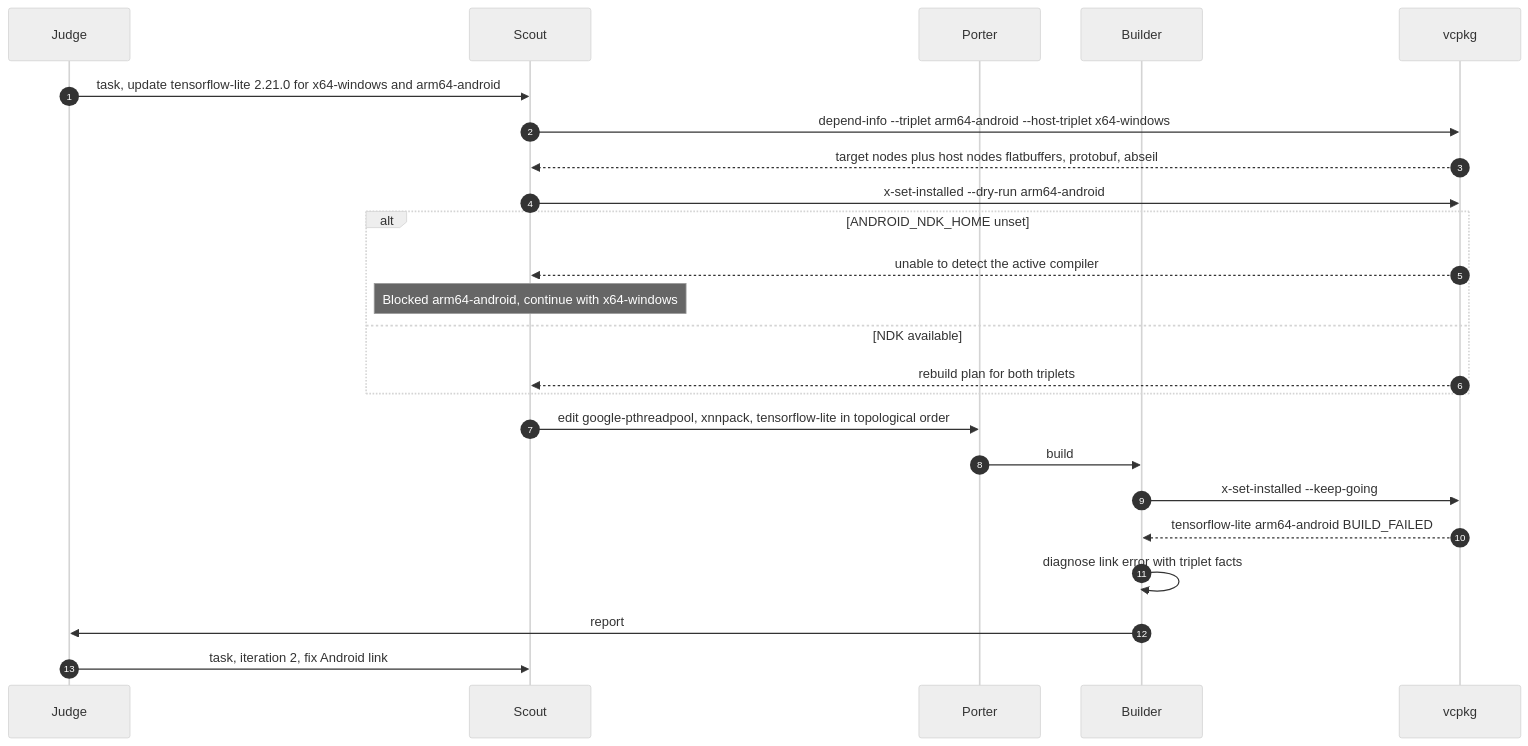
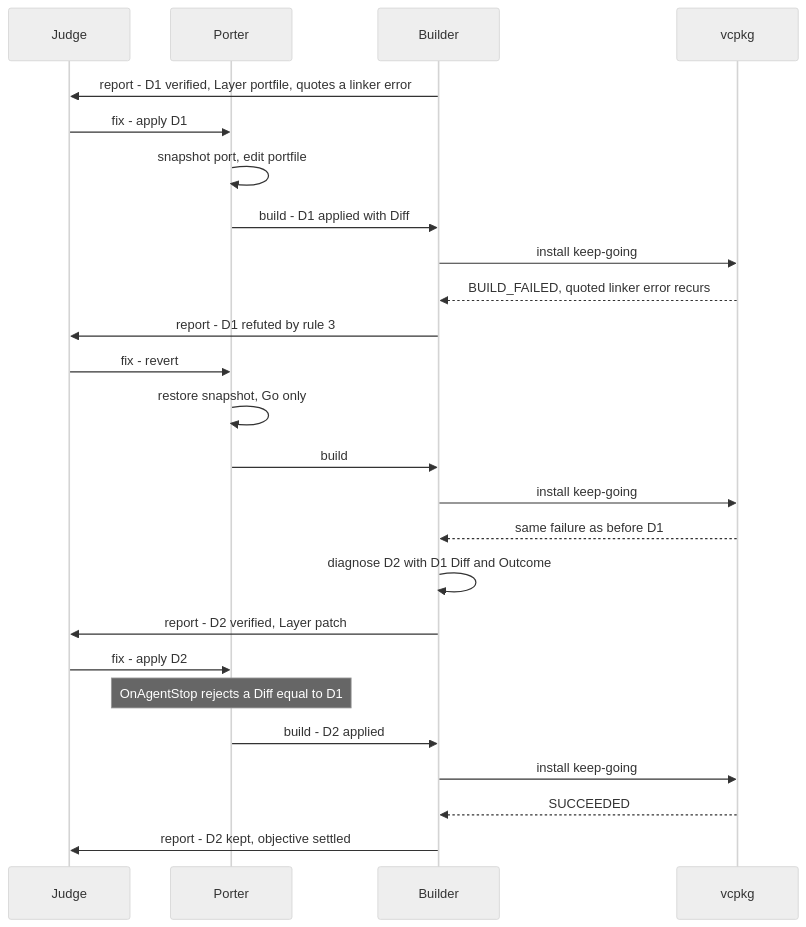
The sixth of 6 diagrams in vcpkg-agent-team-design.md (luncliff/vcpkg-registry), drawn with Mermaid (neutral theme) before and after one commit. The commit also changed other lines of this file, not shown here.

````diff
--- a/vcpkg-agent-team-design.md
+++ b/vcpkg-agent-team-design.md
@@ -379,26 +522,27 @@
 ```mermaid
 sequenceDiagram
-  autonumber
-  participant J as Judge
-  participant S as Scout
-  participant P as Porter
-  participant B as Builder
-  participant V as vcpkg
-  J->>S: task, update tensorflow-lite 2.21.0 for x64-windows and arm64-android
-  S->>V: depend-info --triplet arm64-android --host-triplet x64-windows
-  V-->>S: target nodes plus host nodes flatbuffers, protobuf, abseil
-  S->>V: x-set-installed --dry-run arm64-android
-  alt ANDROID_NDK_HOME unset
-    V-->>S: unable to detect the active compiler
-    Note over S: Blocked arm64-android, continue with x64-windows
-  else NDK available
-    V-->>S: rebuild plan for both triplets
-  end
-  S->>P: edit google-pthreadpool, xnnpack, tensorflow-lite in topological order
-  P->>B: build
-  B->>V: x-set-installed --keep-going
-  V-->>B: tensorflow-lite arm64-android BUILD_FAILED
-  B->>B: diagnose link error with triplet facts
-  B->>J: report
-  J->>S: task, iteration 2, fix Android link
+    participant Judge
+    participant Porter
+    participant Builder
+    participant vcpkg
+    Builder->>Judge: report - D1 verified, Layer portfile, quotes a linker error
+    Judge->>Porter: fix - apply D1
+    Porter->>Porter: snapshot port, edit portfile
+    Porter->>Builder: build - D1 applied with Diff
+    Builder->>vcpkg: install keep-going
+    vcpkg-->>Builder: BUILD_FAILED, quoted linker error recurs
+    Builder->>Judge: report - D1 refuted by rule 3
+    Judge->>Porter: fix - revert
+    Porter->>Porter: restore snapshot, Go only
+    Porter->>Builder: build
+    Builder->>vcpkg: install keep-going
+    vcpkg-->>Builder: same failure as before D1
+    Builder->>Builder: diagnose D2 with D1 Diff and Outcome
+    Builder->>Judge: report - D2 verified, Layer patch
+    Judge->>Porter: fix - apply D2
+    Note over Porter: OnAgentStop rejects a Diff equal to D1
+    Porter->>Builder: build - D2 applied
+    Builder->>vcpkg: install keep-going
+    vcpkg-->>Builder: SUCCEEDED
+    Builder->>Judge: report - D2 kept, objective settled
 ```
````
